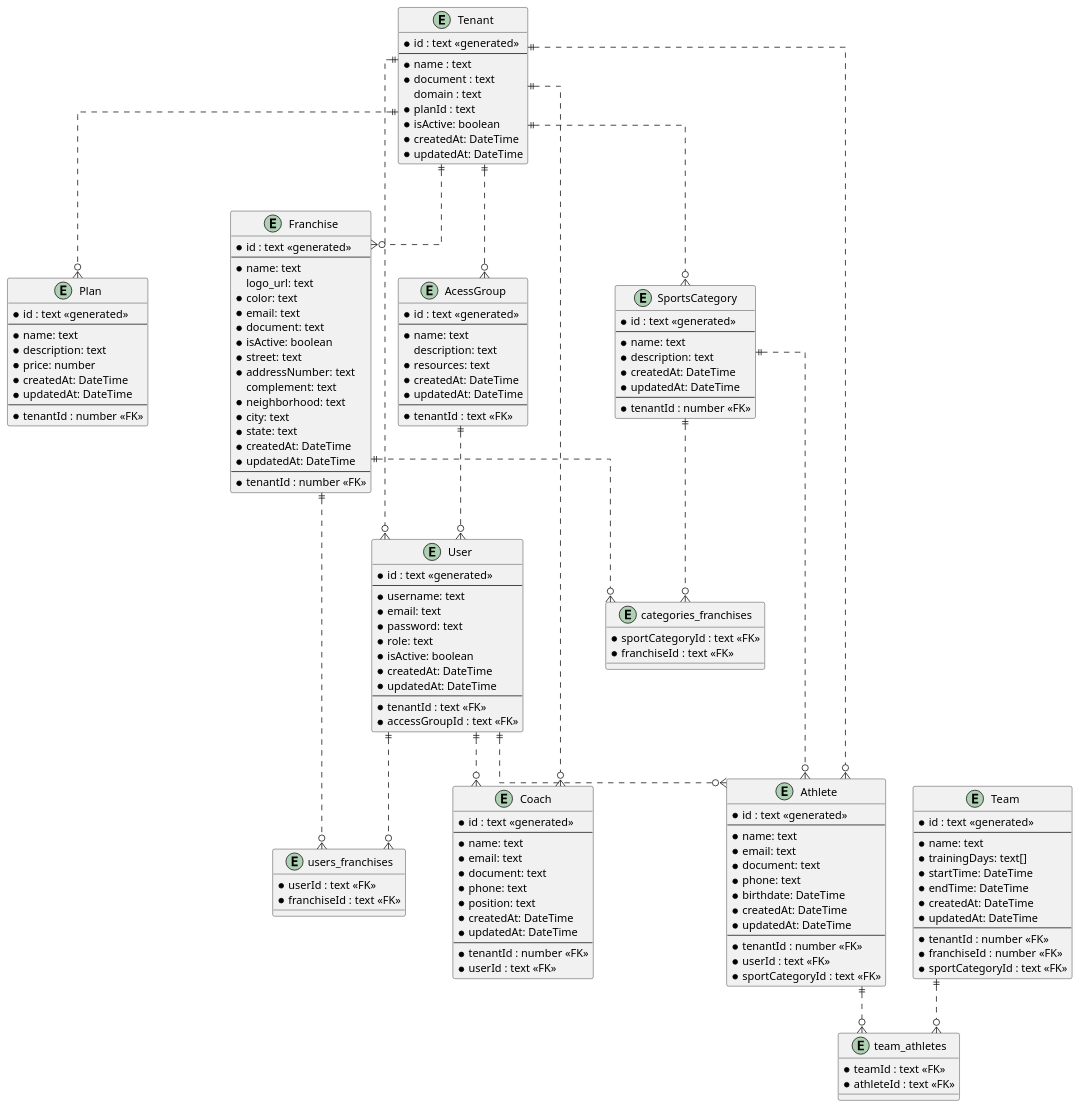
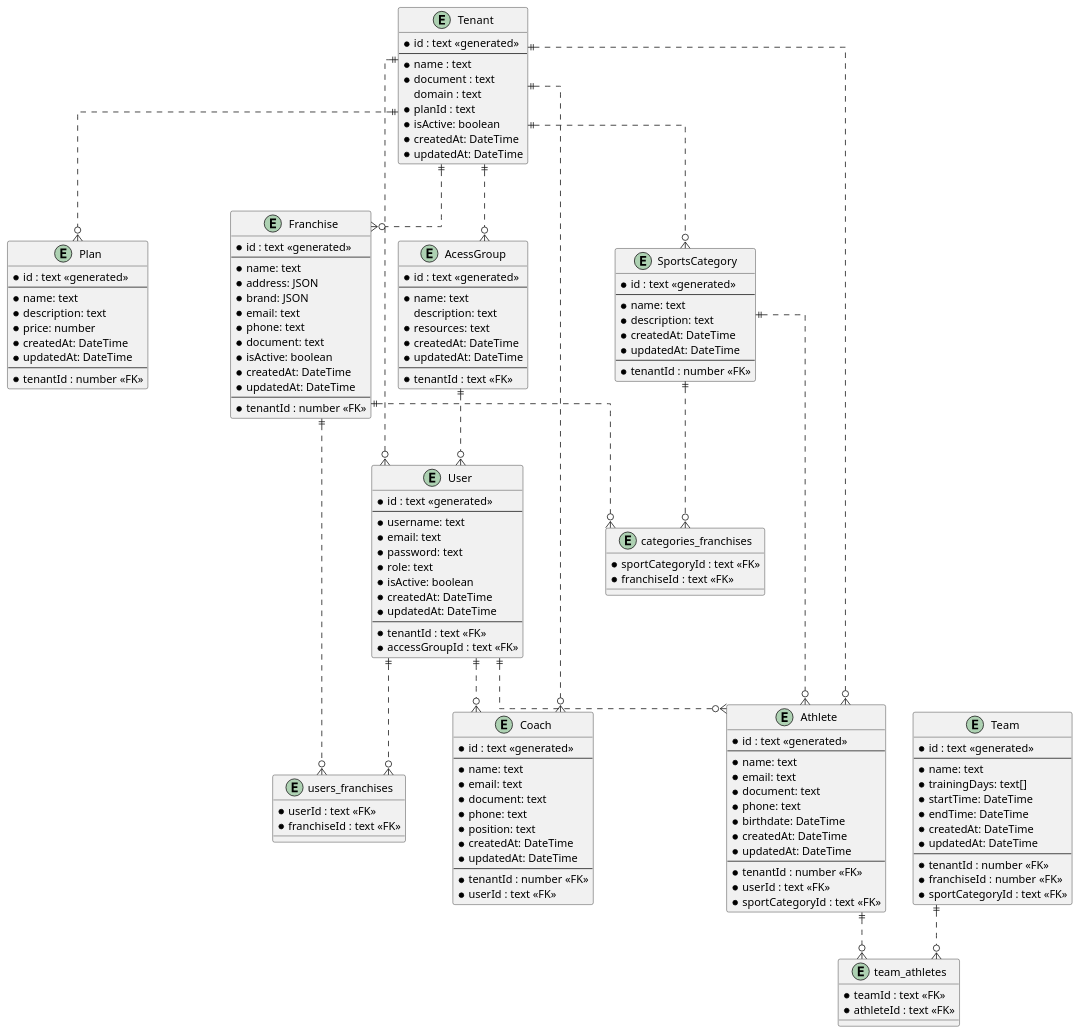
Before and after one commit to gustavorodrigues19/ddd-api: the diagram in uml/entity-relationship-diagram/diagram.database.wsd, drawn with PlantUML. The commit also changed 11 other files, not shown here.

```diff
--- a/uml/entity-relationship-diagram/diagram.database.wsd
+++ b/uml/entity-relationship-diagram/diagram.database.wsd
@@ -1,178 +1,173 @@
 @startuml
 
 skinparam linetype ortho
 
 entity "Tenant" as tenant {
   *id : text <<generated>>
   --
   *name : text
   *document : text
   domain : text
   *planId : text
   *isActive: boolean
   *createdAt: DateTime
   *updatedAt: DateTime
 }
 
 entity "Plan" as plan {
   *id : text <<generated>>
   --
   *name: text
   *description: text
   *price: number
   *createdAt: DateTime
   *updatedAt: DateTime
   --
   *tenantId : number <<FK>>
 }
 
 entity "Franchise" as franchise {
   *id : text <<generated>>
   --
   *name: text
-  logo_url: text
-  *color: text
+  *address: JSON
+  *brand: JSON
   *email: text
+  *phone: text
   *document: text
   *isActive: boolean
-  *street: text
-  *addressNumber: text
-  complement: text
-  *neighborhood: text
-  *city: text
-  *state: text
   *createdAt: DateTime
   *updatedAt: DateTime
   --
   *tenantId : number <<FK>>
 }
 
 entity "User" as user {
   *id : text <<generated>>
   --
   *username: text
   *email: text
   *password: text
   *role: text
   *isActive: boolean
   *createdAt: DateTime
   *updatedAt: DateTime
   --
   *tenantId : text <<FK>>
   *accessGroupId : text <<FK>>
 }
 
 entity "AcessGroup" as accessGroup {
   *id : text <<generated>>
   --
   *name: text
   description: text
   *resources: text
   *createdAt: DateTime
   *updatedAt: DateTime
   --
   *tenantId : text <<FK>>
 }
 
 entity "users_franchises" as usersFranchises {
   *userId : text <<FK>>
   *franchiseId : text <<FK>>
 }
 
 entity "Coach" as coach {
   *id : text <<generated>>
   --
   *name: text
   *email: text
   *document: text
   *phone: text
   *position: text
   *createdAt: DateTime
   *updatedAt: DateTime
   --
   *tenantId : number <<FK>>
   *userId : text <<FK>>
 }
 
 entity "Athlete" as athlete {
   *id : text <<generated>>
   --
   *name: text
   *email: text
   *document: text
   *phone: text
   *birthdate: DateTime
   *createdAt: DateTime
   *updatedAt: DateTime
   --
   *tenantId : number <<FK>>
   *userId : text <<FK>>
   *sportCategoryId : text <<FK>>
 }
 
 entity "SportsCategory" as sportCategory {
   *id : text <<generated>>
   --
   *name: text
   *description: text
   *createdAt: DateTime
   *updatedAt: DateTime
   --
   *tenantId : number <<FK>>
 }
 
 entity "categories_franchises" as categorieFranchises {
   *sportCategoryId : text <<FK>>
   *franchiseId : text <<FK>>
 }
 
 entity "Team" as team {
   *id : text <<generated>>
   --
   *name: text
   *trainingDays: text[]
   *startTime: DateTime
   *endTime: DateTime
   *createdAt: DateTime
   *updatedAt: DateTime
   --
   *tenantId : number <<FK>>
   *franchiseId : number <<FK>>
   *sportCategoryId : text <<FK>>
 }
 
 entity "team_athletes" as teamAthletes {
   *teamId : text <<FK>>
   *athleteId : text <<FK>>
 }
 
 
 '' One to many relationships
 tenant ||..o{ plan
 tenant ||..o{ franchise
 tenant ||..o{ coach
 tenant ||..o{ user
 tenant ||..o{ sportCategory
 tenant ||..o{ athlete
 tenant ||..o{ accessGroup
 
 user ||..o{ athlete
 user ||..o{ coach
 
 sportCategory ||..o{ athlete
 
 accessGroup ||..o{ user
 
 
 '' Many to many relationships
 user ||..o{ usersFranchises
 franchise ||..o{ usersFranchises
 
 franchise ||..o{ categorieFranchises
 sportCategory ||..o{ categorieFranchises
 
 athlete ||..o{ teamAthletes
 team ||..o{ teamAthletes
 
 
 @enduml
```
